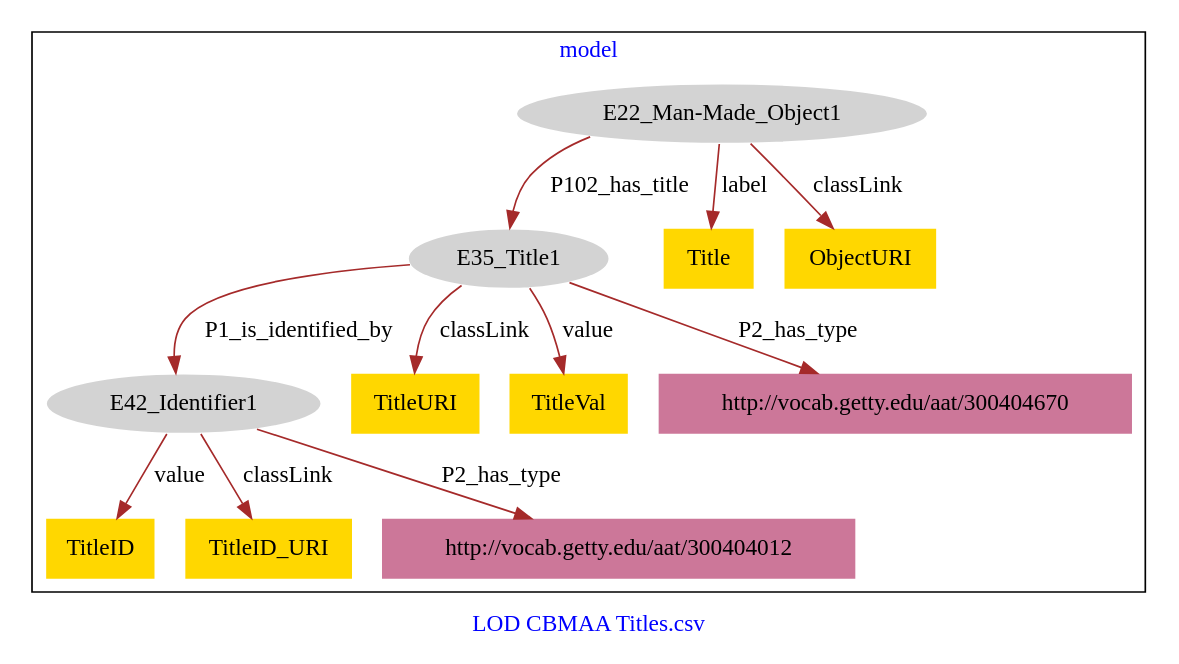
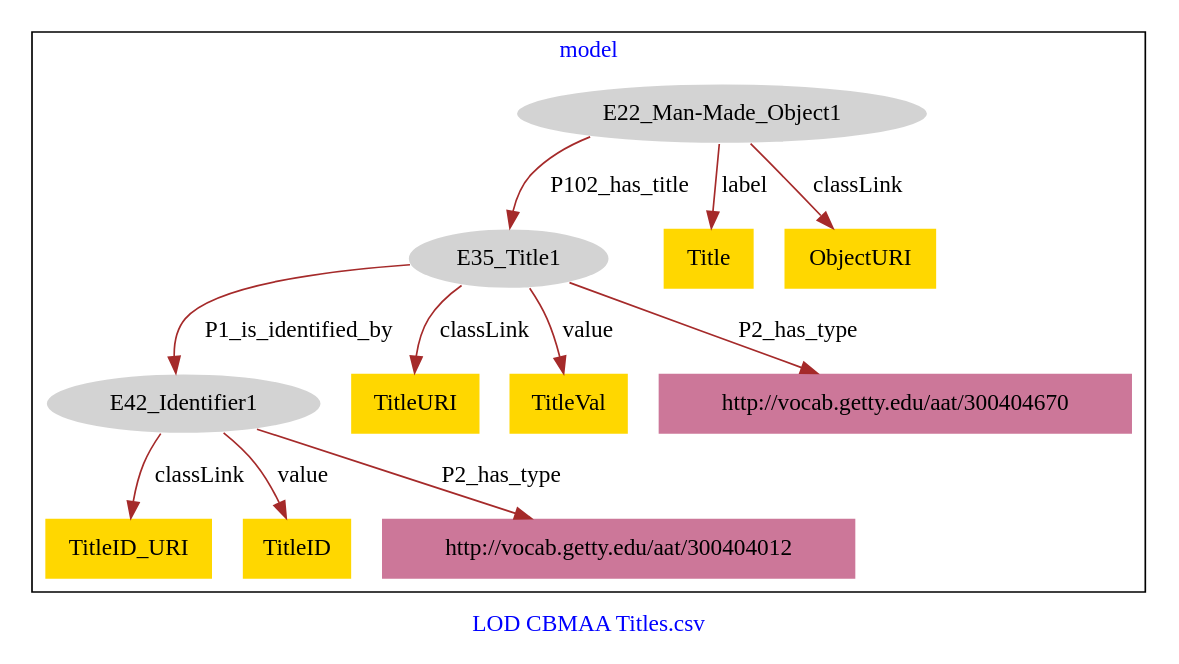
The diagram in CBMAA_Titles/CBMAA_Titles-model.dot (american-art/cbm), drawn with Graphviz before and after one commit.

Commit message:
Update file CBMAA_Titles-model.dot

```diff
--- a/CBMAA_Titles/CBMAA_Titles-model.dot
+++ b/CBMAA_Titles/CBMAA_Titles-model.dot
@@ -1,29 +1,29 @@
 digraph n0 {
 fontcolor="blue"
 remincross="true"
 label="LOD CBMAA Titles.csv"
 subgraph cluster {
 label="model"
 n2[style="filled",color="white",fillcolor="lightgray",label="E22_Man-Made_Object1"];
 n3[style="filled",color="white",fillcolor="lightgray",label="E35_Title1"];
 n4[style="filled",color="white",fillcolor="lightgray",label="E42_Identifier1"];
-n5[shape="plaintext",style="filled",fillcolor="gold",label="TitleURI"];
-n6[shape="plaintext",style="filled",fillcolor="gold",label="TitleID"];
+n5[shape="plaintext",style="filled",fillcolor="gold",label="TitleID_URI"];
+n6[shape="plaintext",style="filled",fillcolor="gold",label="TitleURI"];
 n7[shape="plaintext",style="filled",fillcolor="gold",label="Title"];
-n8[shape="plaintext",style="filled",fillcolor="gold",label="TitleVal"];
-n9[shape="plaintext",style="filled",fillcolor="gold",label="TitleID_URI"];
+n8[shape="plaintext",style="filled",fillcolor="gold",label="TitleID"];
+n9[shape="plaintext",style="filled",fillcolor="gold",label="TitleVal"];
 n10[shape="plaintext",style="filled",fillcolor="gold",label="ObjectURI"];
 n11[shape="plaintext",style="filled",fillcolor="#CC7799",label="http://vocab.getty.edu/aat/300404012"];
 n12[shape="plaintext",style="filled",fillcolor="#CC7799",label="http://vocab.getty.edu/aat/300404670"];
 }
 n2 -> n3[color="brown",fontcolor="black",label="P102_has_title"]
 n3 -> n4[color="brown",fontcolor="black",label="P1_is_identified_by"]
-n3 -> n5[color="brown",fontcolor="black",label="classLink"]
-n4 -> n6[color="brown",fontcolor="black",label="value"]
+n4 -> n5[color="brown",fontcolor="black",label="classLink"]
+n3 -> n6[color="brown",fontcolor="black",label="classLink"]
 n2 -> n7[color="brown",fontcolor="black",label="label"]
-n3 -> n8[color="brown",fontcolor="black",label="value"]
-n4 -> n9[color="brown",fontcolor="black",label="classLink"]
+n4 -> n8[color="brown",fontcolor="black",label="value"]
+n3 -> n9[color="brown",fontcolor="black",label="value"]
 n2 -> n10[color="brown",fontcolor="black",label="classLink"]
 n4 -> n11[color="brown",fontcolor="black",label="P2_has_type"]
 n3 -> n12[color="brown",fontcolor="black",label="P2_has_type"]
 }
```
